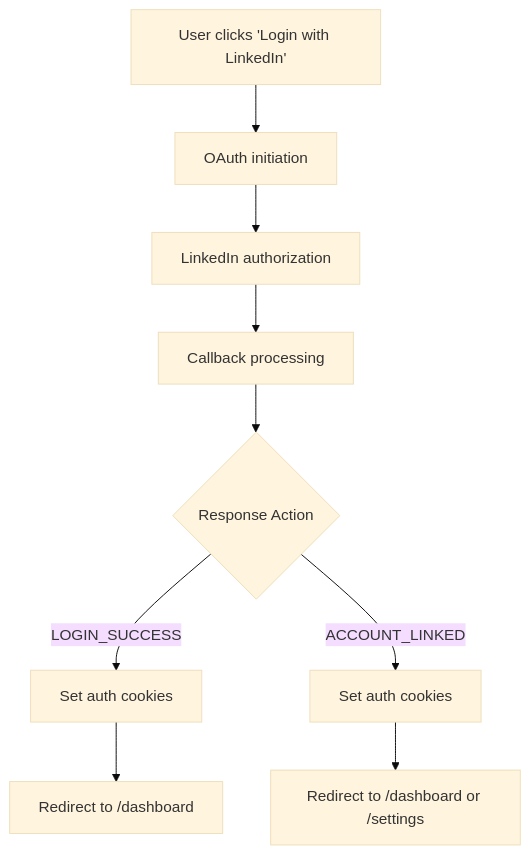
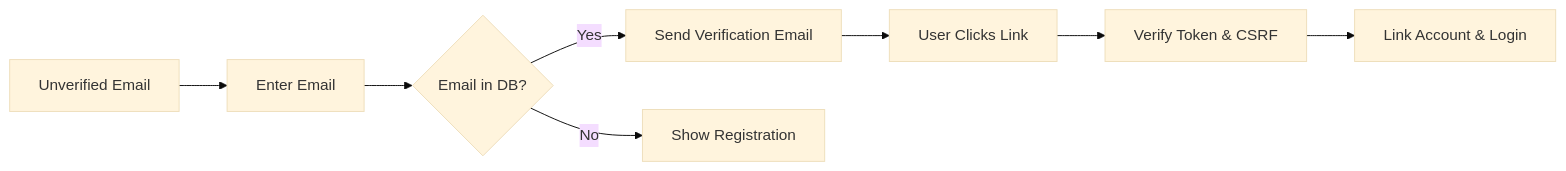
One commit to G11-999/kiwiq changed the fourth of 10 diagrams in docs/design_docs/linkedin_integrations/LINKEDIN_OAUTH_DESIGN.md. Above: the diagram before and after it, drawn with Mermaid (base theme). The commit also changed other lines of this file and 6 other files, not shown here.

````diff
--- a/docs/design_docs/linkedin_integrations/LINKEDIN_OAUTH_DESIGN.md
+++ b/docs/design_docs/linkedin_integrations/LINKEDIN_OAUTH_DESIGN.md
@@ -667,13 +356,10 @@
 ```mermaid
-flowchart TD
-    A[User clicks 'Login with LinkedIn'] --> B[OAuth initiation]
-    B --> C[LinkedIn authorization]
-    C --> D[Callback processing]
-    D --> E{Response Action}
-    
-    E -->|LOGIN_SUCCESS| F[Set auth cookies]
-    F --> G[Redirect to /dashboard]
-    
-    E -->|ACCOUNT_LINKED| H[Set auth cookies]
-    H --> I[Redirect to /dashboard or /settings]
+flowchart LR
+    A[Unverified Email] --> B[Enter Email]
+    B --> C{Email in DB?}
+    C -->|Yes| D[Send Verification Email]
+    C -->|No| E[Show Registration]
+    D --> F[User Clicks Link]
+    F --> G[Verify Token & CSRF]
+    G --> H[Link Account & Login]
 ```
````
